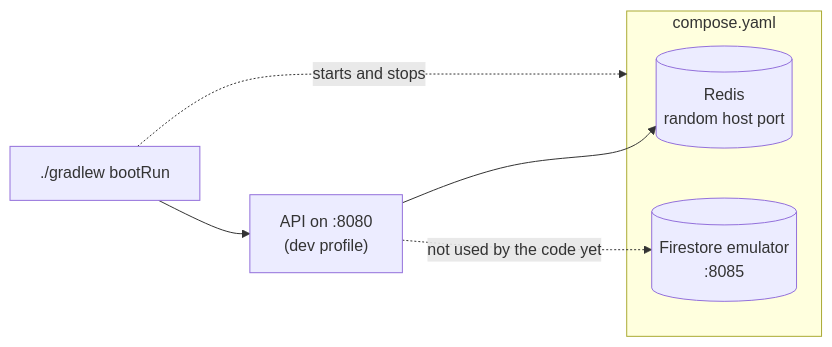
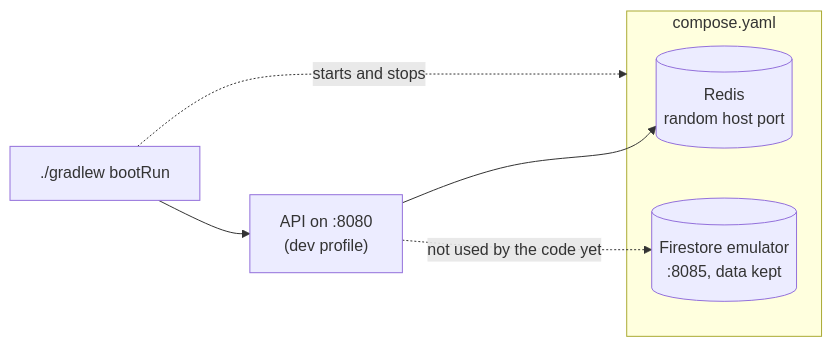
The second of 6 diagrams in README.md (altalyst-solutions/dokiments-api), drawn with Mermaid before and after one commit. The commit also changed other lines of this file and 5 other files, not shown here.

Commit message:
build(docker): persist local Firestore emulator data and add .env for local settings

````diff
--- a/README.md
+++ b/README.md
@@ -206,11 +207,11 @@
 ```mermaid
 flowchart LR
     run["./gradlew bootRun"] --> app["API on :8080<br/>(dev profile)"]
     run -. "starts and stops" .-> services
     subgraph services["compose.yaml"]
         redis[("Redis<br/>random host port")]
-        emulator[("Firestore emulator<br/>:8085")]
+        emulator[("Firestore emulator<br/>:8085, data kept")]
     end
     app --> redis
     app -. "not used by the code yet" .-> emulator
 ```
````
